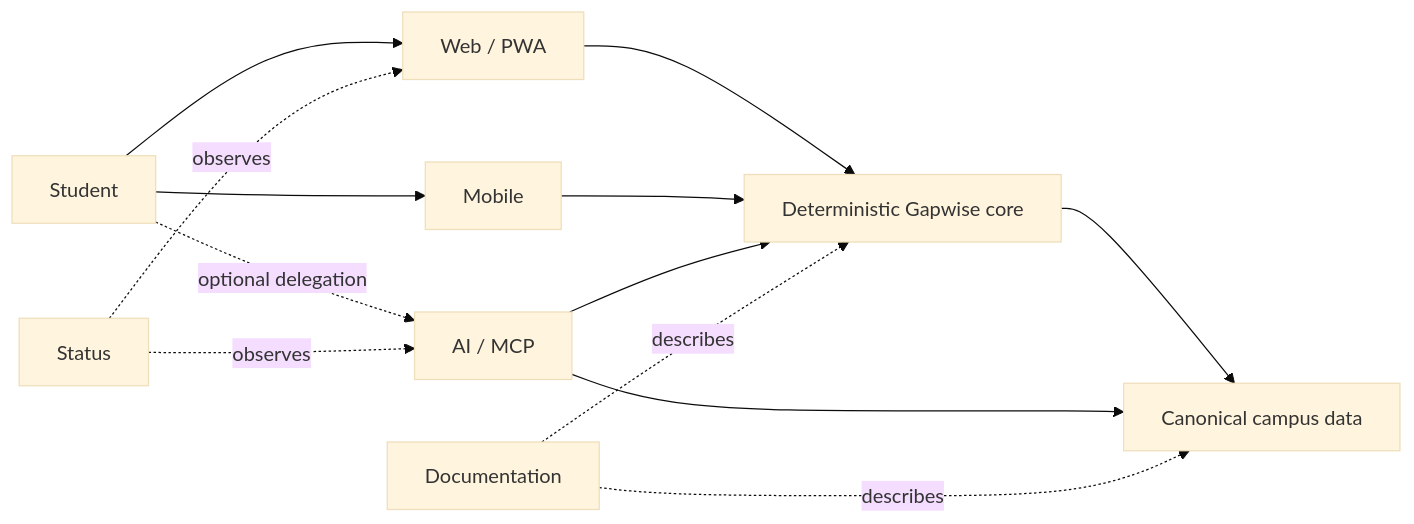
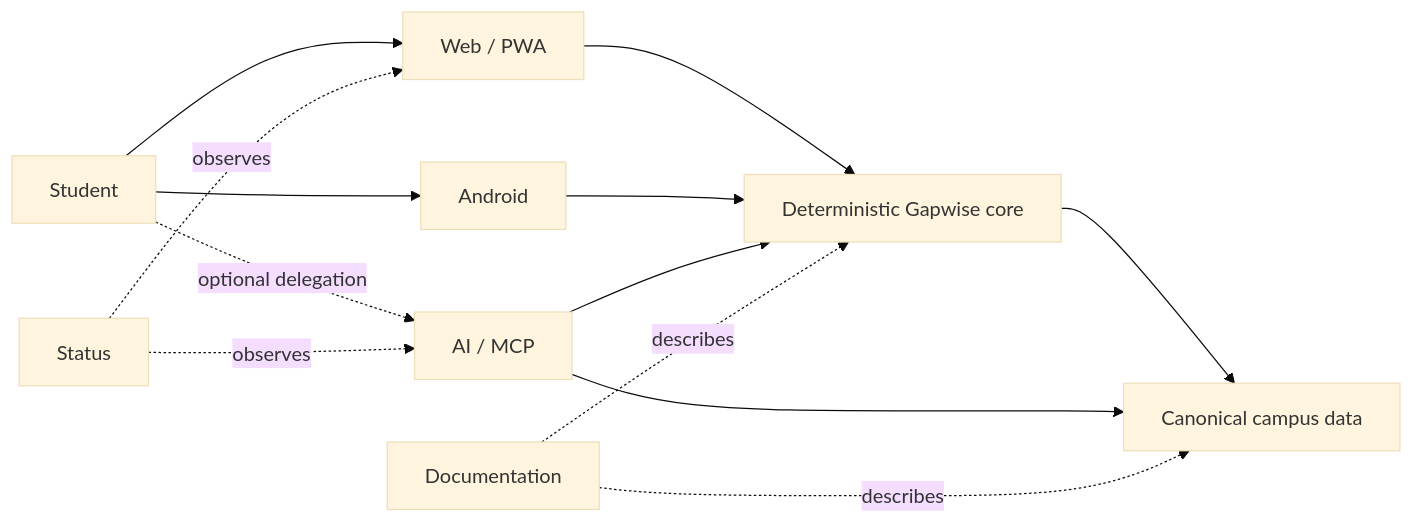
One commit to Gapwise-for-UTM/.github changed the diagram in profile/README.md. Above: the diagram before and after it, drawn with Mermaid (base theme). The commit also changed other lines of this file, not shown here.

````diff
--- a/profile/README.md
+++ b/profile/README.md
@@ -40,18 +40,18 @@
 ```mermaid
 flowchart LR
     U[Student] --> W[Web / PWA]
-    U --> M[Mobile]
+    U --> M[Android]
     U -. optional delegation .-> A[AI / MCP]
 
     W --> C[Deterministic Gapwise core]
     M --> C
     A --> C
 
     C --> D[Canonical campus data]
     A --> D
 
     DOCS[Documentation] -. describes .-> C
     DOCS -. describes .-> D
     STATUS[Status] -. observes .-> W
     STATUS -. observes .-> A
 ```
````
